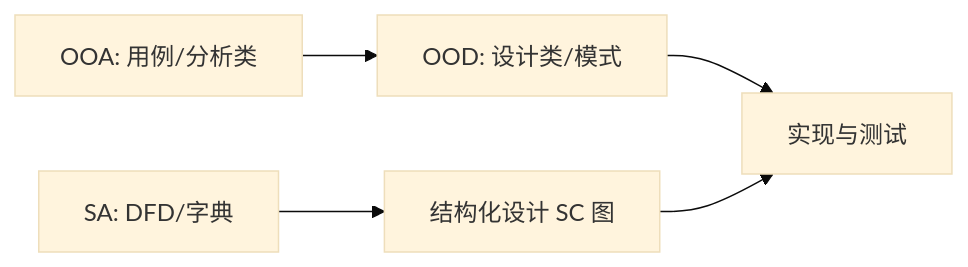
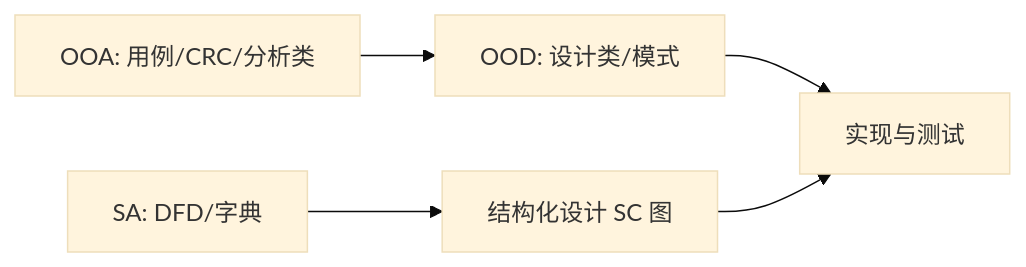
Before and after one commit to xiamengquan/sysanalyst-quiz: diagram 13 of 13 in public/kb/速查/结构化与面向对象分析-体系化学习路径.md, drawn with Mermaid (base theme). The commit also changed other lines of this file and 17 other files, not shown here.

````diff
--- a/public/kb/速查/结构化与面向对象分析-体系化学习路径.md
+++ b/public/kb/速查/结构化与面向对象分析-体系化学习路径.md
@@ -555,7 +620,7 @@
 ```mermaid
 flowchart LR
   SA[SA: DFD/字典] --> SC[结构化设计 SC 图]
-  OOA[OOA: 用例/分析类] --> OOD[OOD: 设计类/模式]
+  OOA[OOA: 用例/CRC/分析类] --> OOD[OOD: 设计类/模式]
   OOD --> IMPL[实现与测试]
   SC --> IMPL
 ```
````
